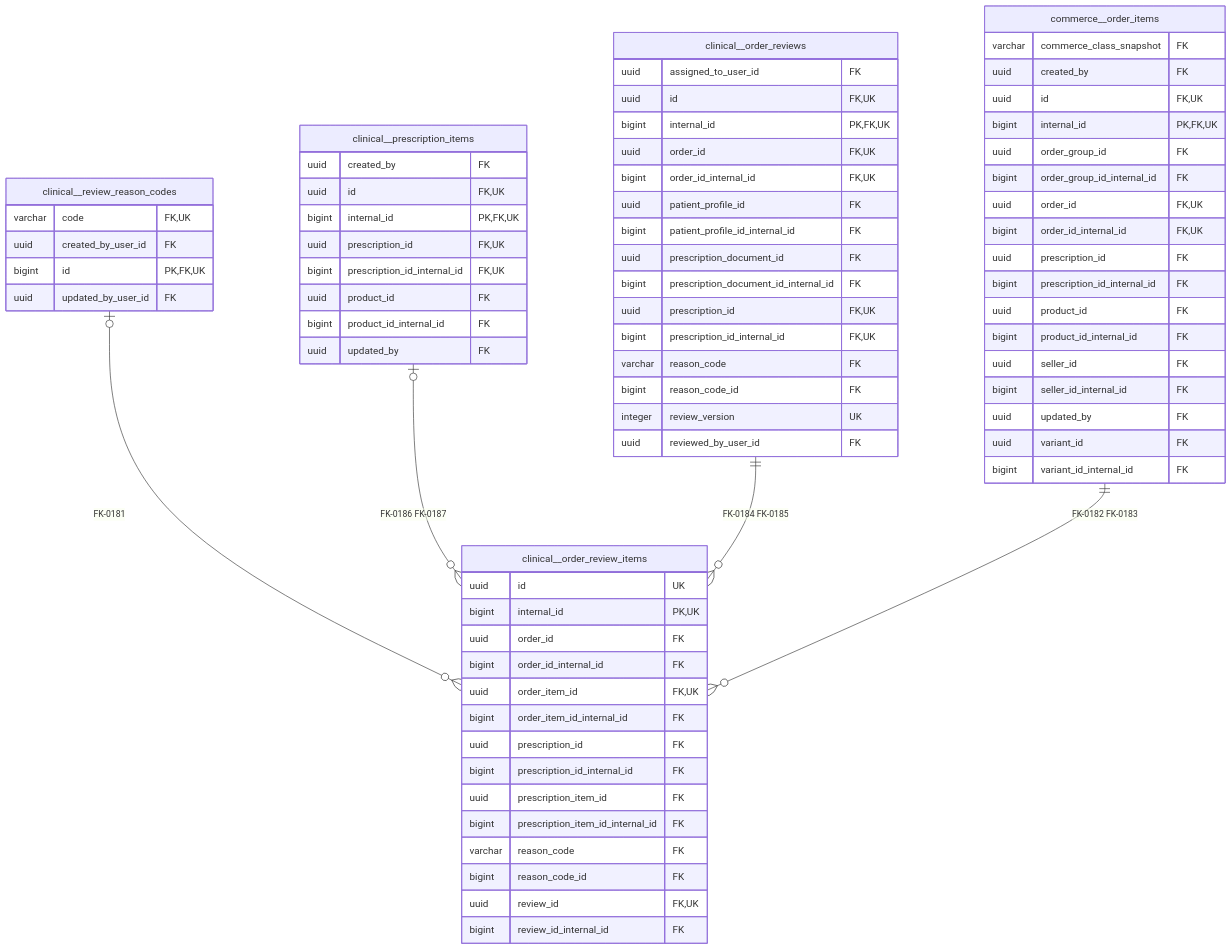
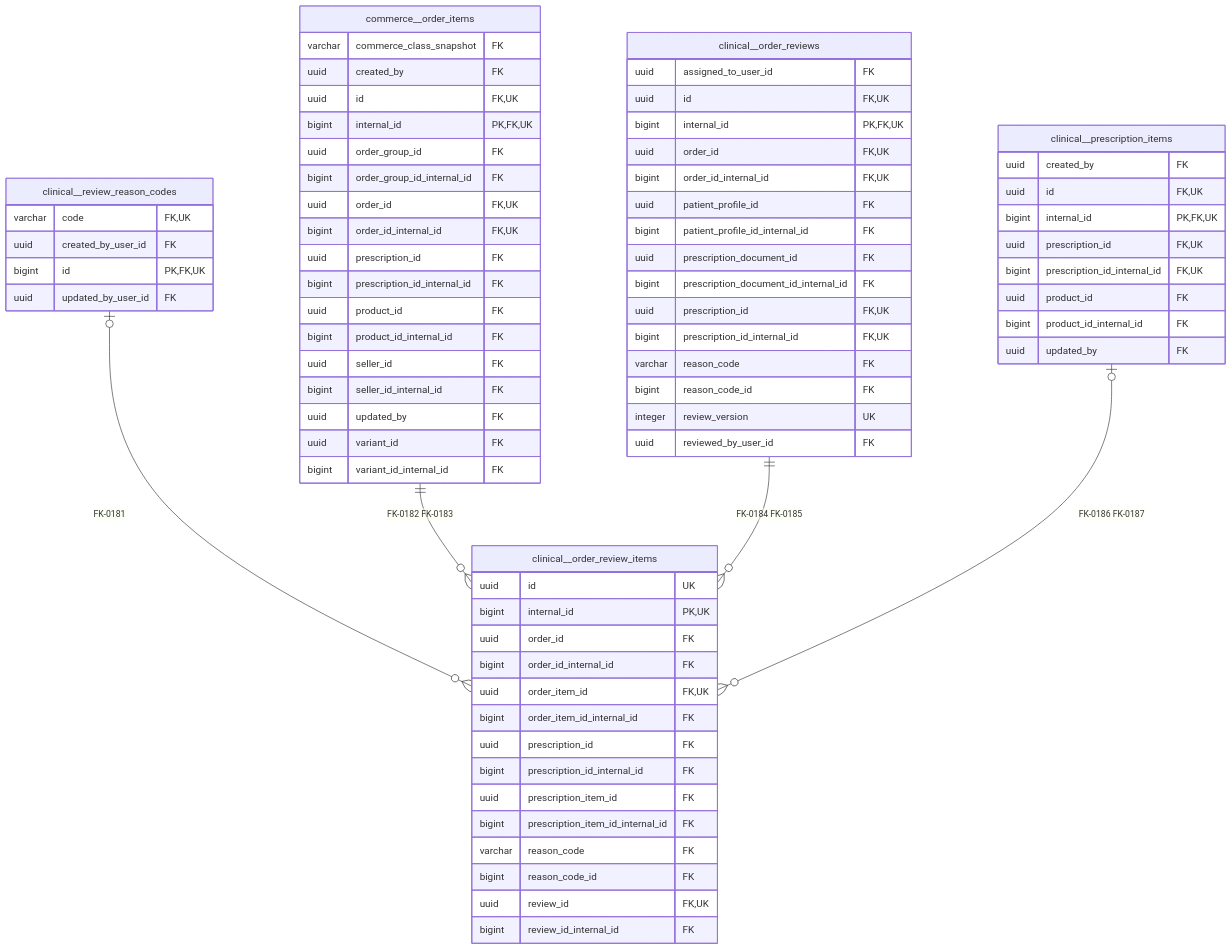
The third of 3 diagrams in 04-Database/ER-Diagrams/03-clinical.md (shiladityamajumder/pharmville-docs), drawn with Mermaid before and after one commit. The commit also changed other lines of this file and 661 other files, not shown here.

Commit message:
docs: consolidate validated PostgreSQL schema and reorganize Pharmville into a module-driven technical blueprint

````diff
--- a/04-Database/ER-Diagrams/03-clinical.md
+++ b/04-Database/ER-Diagrams/03-clinical.md
@@ -457,75 +457,75 @@
 ```mermaid
 erDiagram
     clinical__order_review_items {
         uuid id UK
         bigint internal_id PK, UK
         uuid order_id FK
         bigint order_id_internal_id FK
         uuid order_item_id FK, UK
         bigint order_item_id_internal_id FK
         uuid prescription_id FK
         bigint prescription_id_internal_id FK
         uuid prescription_item_id FK
         bigint prescription_item_id_internal_id FK
         varchar reason_code FK
         bigint reason_code_id FK
         uuid review_id FK, UK
         bigint review_id_internal_id FK
     }
     clinical__order_reviews {
         uuid assigned_to_user_id FK
         uuid id FK, UK
         bigint internal_id PK, FK, UK
         uuid order_id FK, UK
         bigint order_id_internal_id FK, UK
         uuid patient_profile_id FK
         bigint patient_profile_id_internal_id FK
         uuid prescription_document_id FK
         bigint prescription_document_id_internal_id FK
         uuid prescription_id FK, UK
         bigint prescription_id_internal_id FK, UK
         varchar reason_code FK
         bigint reason_code_id FK
         integer review_version UK
         uuid reviewed_by_user_id FK
     }
     clinical__prescription_items {
         uuid created_by FK
         uuid id FK, UK
         bigint internal_id PK, FK, UK
         uuid prescription_id FK, UK
         bigint prescription_id_internal_id FK, UK
         uuid product_id FK
         bigint product_id_internal_id FK
         uuid updated_by FK
     }
     clinical__review_reason_codes {
         varchar code FK, UK
         uuid created_by_user_id FK
         bigint id PK, FK, UK
         uuid updated_by_user_id FK
     }
     commerce__order_items {
         varchar commerce_class_snapshot FK
         uuid created_by FK
         uuid id FK, UK
         bigint internal_id PK, FK, UK
         uuid order_group_id FK
         bigint order_group_id_internal_id FK
         uuid order_id FK, UK
         bigint order_id_internal_id FK, UK
         uuid prescription_id FK
         bigint prescription_id_internal_id FK
         uuid product_id FK
         bigint product_id_internal_id FK
         uuid seller_id FK
         bigint seller_id_internal_id FK
         uuid updated_by FK
         uuid variant_id FK
         bigint variant_id_internal_id FK
     }
     clinical__review_reason_codes o|--o{ clinical__order_review_items : "FK-0181"
+    commerce__order_items ||--o{ clinical__order_review_items : "FK-0182 FK-0183"
+    clinical__order_reviews ||--o{ clinical__order_review_items : "FK-0184 FK-0185"
     clinical__prescription_items o|--o{ clinical__order_review_items : "FK-0186 FK-0187"
-    clinical__order_reviews ||--o{ clinical__order_review_items : "FK-0184 FK-0185"
-    commerce__order_items ||--o{ clinical__order_review_items : "FK-0182 FK-0183"
 ```
````
